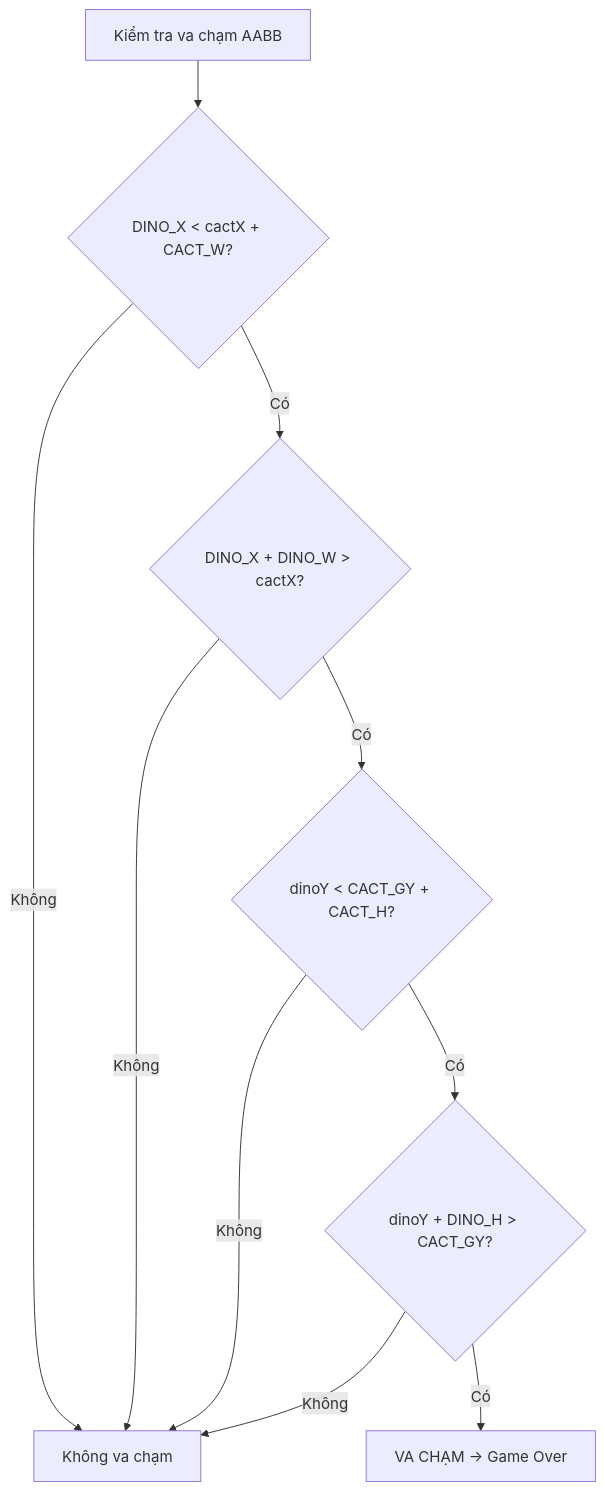
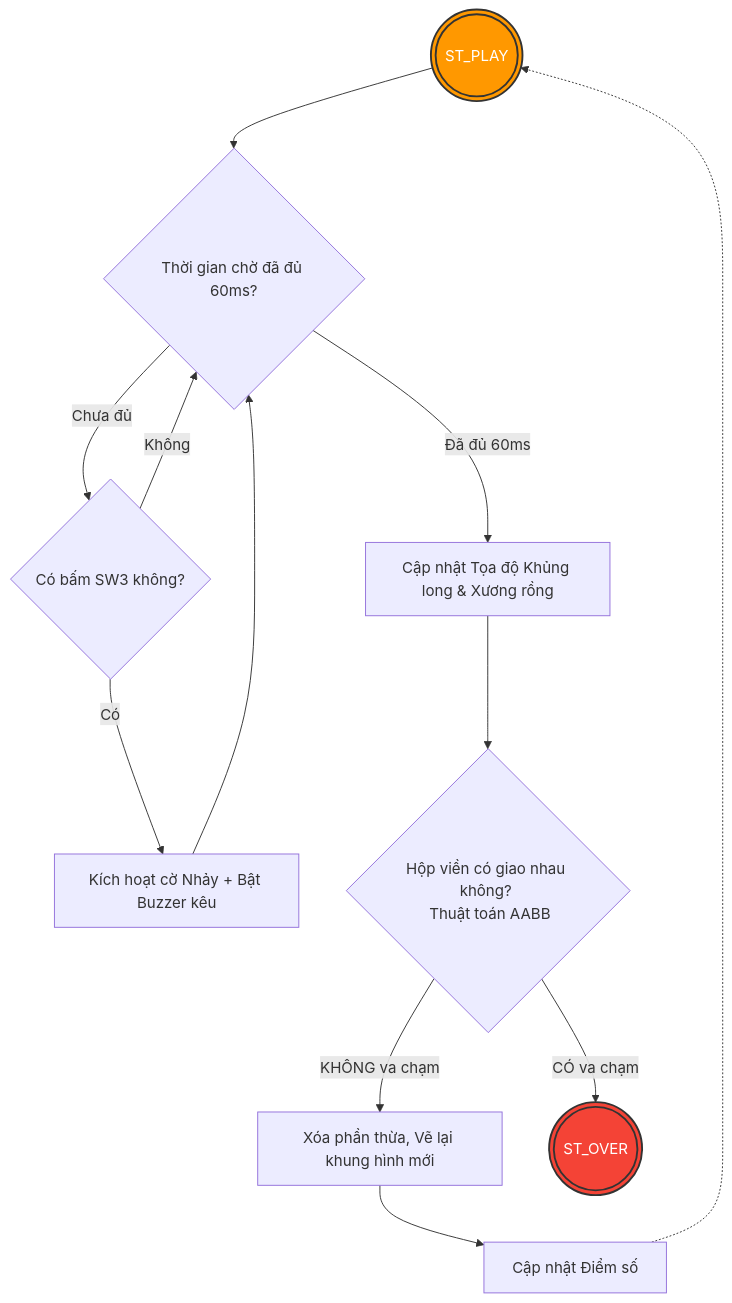
One commit to TamNgocHust/Lumi-DinoGame changed the fourth of 5 diagrams in README.md. Above: the diagram before and after it, drawn with Mermaid. The commit also changed other lines of this file, not shown here.

First line of the commit message:
Revise README for STM32-ChromeDino project

````diff
--- a/README.md
+++ b/README.md
@@ -100,12 +100,21 @@
 ```mermaid
-flowchart TD
-    A[Kiểm tra va chạm AABB] --> B{DINO_X < cactX + CACT_W?}
-    B -->|Không| C[Không va chạm]
-    B -->|Có| D{DINO_X + DINO_W > cactX?}
-    D -->|Không| C
-    D -->|Có| E{dinoY < CACT_GY + CACT_H?}
-    E -->|Không| C
-    E -->|Có| F{dinoY + DINO_H > CACT_GY?}
-    F -->|Không| C
-    F -->|Có| G[VA CHẠM → Game Over]
+graph TD
+    A(((ST_PLAY))) --> B{Thời gian chờ đã đủ 60ms?}
+    
+    B -->|Chưa đủ| C{Có bấm SW3 không?}
+    C -->|Có| D[Kích hoạt cờ Nhảy + Bật Buzzer kêu]
+    C -->|Không| B
+    D --> B
+    
+    B -->|Đã đủ 60ms| E[Cập nhật Tọa độ Khủng long & Xương rồng]
+    E --> F{Hộp viền có giao nhau không? \n Thuật toán AABB}
+    
+    F -->|KHÔNG va chạm| G[Xóa phần thừa, Vẽ lại khung hình mới]
+    G --> H[Cập nhật Điểm số]
+    H -.-> A
+    
+    F -->|CÓ va chạm| I(((ST_OVER)))
+    
+    style A fill:#FF9800,stroke:#333,stroke-width:2px,color:#fff
+    style I fill:#f44336,stroke:#333,stroke-width:2px,color:#fff
 ```
````
